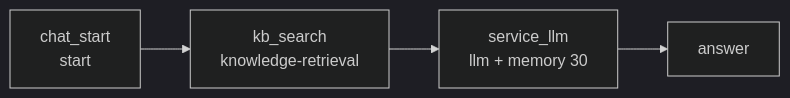
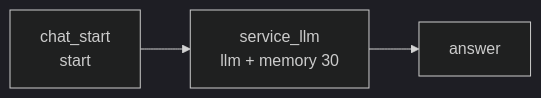
One commit to qq847680004/dify-demo1 changed the diagram in docs/plans/2026-08-27-b2b-ecommerce-rag-service.md. Above: the diagram before and after it, drawn with Mermaid (dark theme). The commit also changed other lines of this file and 1 other file, not shown here.

````diff
--- a/docs/plans/2026-08-27-b2b-ecommerce-rag-service.md
+++ b/docs/plans/2026-08-27-b2b-ecommerce-rag-service.md
@@ -40,9 +38,7 @@
 ```mermaid
 flowchart LR
   chat_start["chat_start
-start"] --> kb_search["kb_search
-knowledge-retrieval"]
-  kb_search --> service_llm["service_llm
+start"] --> service_llm["service_llm
 llm + memory 30"]
   service_llm --> answer["answer"]
 ```
````
